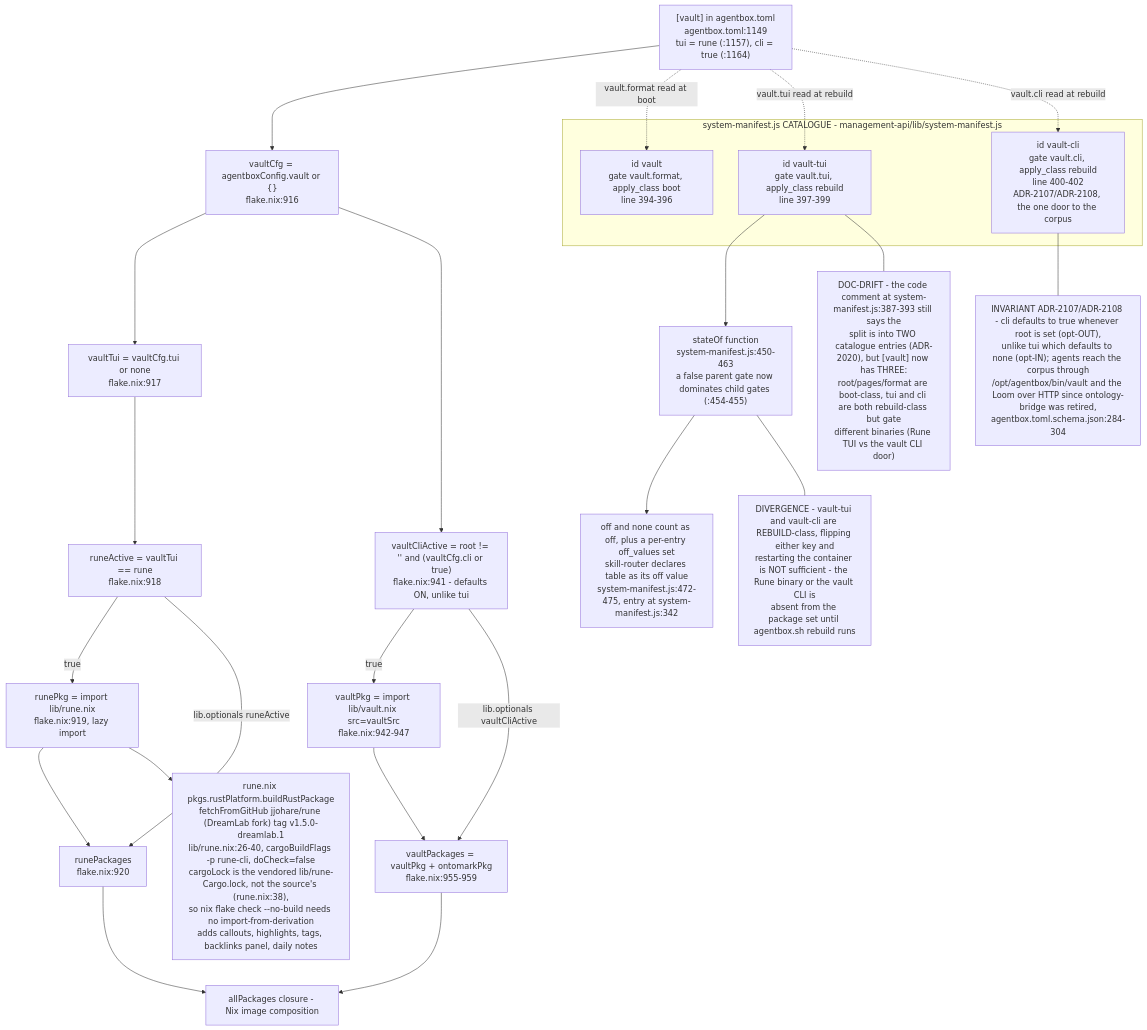
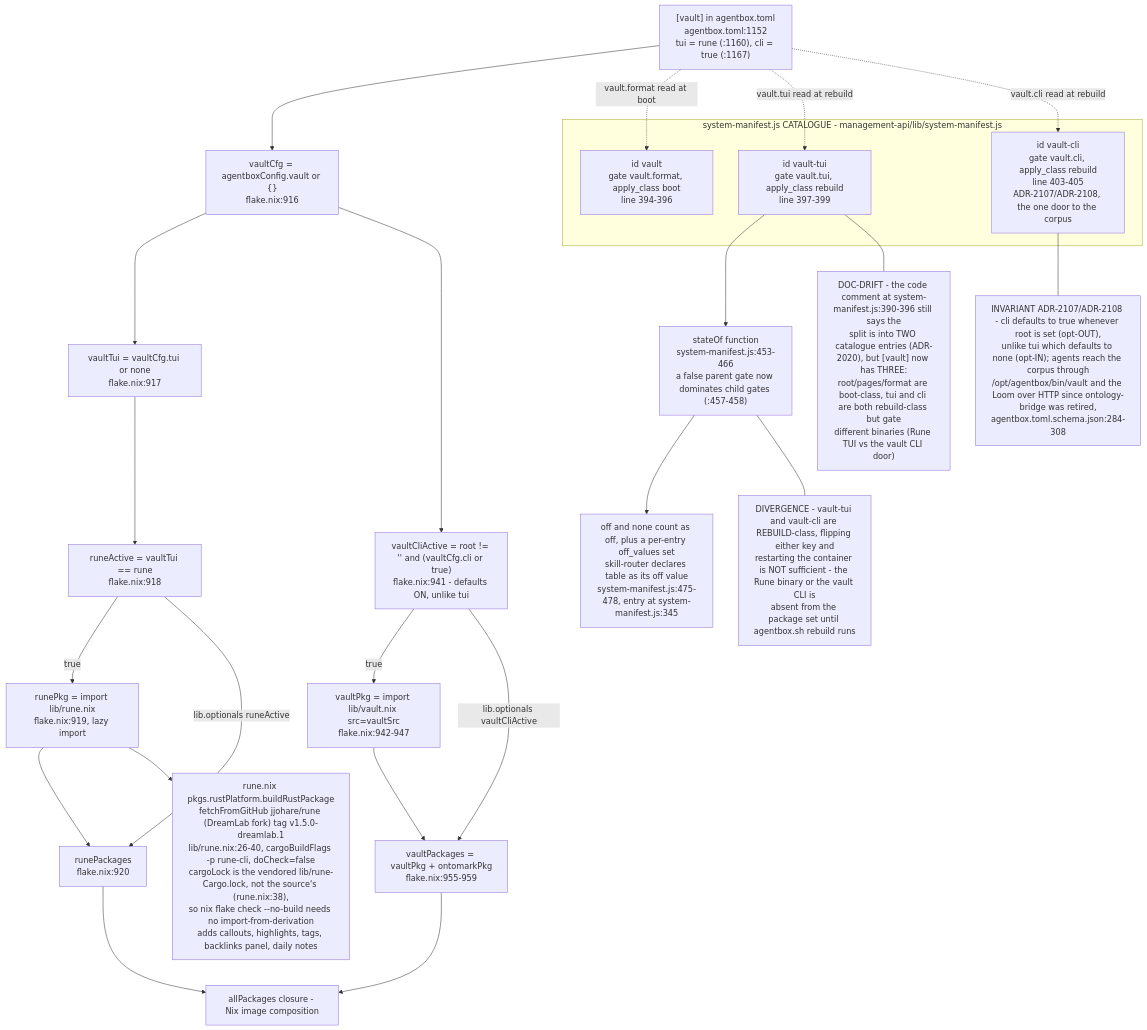
The ninth of 10 diagrams in docs/diagrams/agentbox/01-nix-flake-composition.md (DreamLab-AI/VisionFlow), drawn with Mermaid before and after one commit. The commit also changed other lines of this file and 142 other files, not shown here.

First line of the commit message:
docs(diagrams): one System One route; re-verify 140 topics at today's heads

````diff
--- a/docs/diagrams/agentbox/01-nix-flake-composition.md
+++ b/docs/diagrams/agentbox/01-nix-flake-composition.md
@@ -427,44 +427,44 @@
 ```mermaid
 flowchart TB
-    TOMLVAULT["[vault] in agentbox.toml<br/>agentbox.toml:1149<br/>tui = rune (:1157), cli = true (:1164)"] --> VAULTCFG["vaultCfg = agentboxConfig.vault or {}<br/>flake.nix:916"]
+    TOMLVAULT["[vault] in agentbox.toml<br/>agentbox.toml:1152<br/>tui = rune (:1160), cli = true (:1167)"] --> VAULTCFG["vaultCfg = agentboxConfig.vault or {}<br/>flake.nix:916"]
 
     VAULTCFG --> TUIVAL["vaultTui = vaultCfg.tui or none<br/>flake.nix:917"]
     TUIVAL --> RUNEACTIVE["runeActive = vaultTui == rune<br/>flake.nix:918"]
     RUNEACTIVE -->|"true"| RUNEPKGIMPORT["runePkg = import lib/rune.nix<br/>flake.nix:919, lazy import"]
     RUNEACTIVE -->|"lib.optionals runeActive"| RUNEPACKAGES["runePackages<br/>flake.nix:920"]
     RUNEPKGIMPORT --> RUNEPACKAGES
 
     VAULTCFG --> CLIVAL["vaultCliActive = root != '' and (vaultCfg.cli or true)<br/>flake.nix:941 - defaults ON, unlike tui"]
     CLIVAL -->|"true"| VAULTPKGIMPORT["vaultPkg = import lib/vault.nix src=vaultSrc<br/>flake.nix:942-947"]
     CLIVAL -->|"lib.optionals vaultCliActive"| VAULTPACKAGES["vaultPackages = vaultPkg + ontomarkPkg<br/>flake.nix:955-959"]
     VAULTPKGIMPORT --> VAULTPACKAGES
 
     RUNEPACKAGES --> ALLPKG["allPackages closure - Nix image composition"]
     VAULTPACKAGES --> ALLPKG
 
     RUNEBUILD["rune.nix pkgs.rustPlatform.buildRustPackage<br/>fetchFromGitHub jjohare/rune (DreamLab fork) tag v1.5.0-dreamlab.1<br/>lib/rune.nix:26-40, cargoBuildFlags -p rune-cli, doCheck=false<br/>cargoLock is the vendored lib/rune-Cargo.lock, not the source's (rune.nix:38),<br/>so nix flake check --no-build needs no import-from-derivation<br/>adds callouts, highlights, tags, backlinks panel, daily notes"]
     RUNEPKGIMPORT --> RUNEBUILD
 
     subgraph MANIFEST["system-manifest.js CATALOGUE - management-api/lib/system-manifest.js"]
         VAULTENTRY["id vault<br/>gate vault.format, apply_class boot<br/>line 394-396"]
         VAULTTUIENTRY["id vault-tui<br/>gate vault.tui, apply_class rebuild<br/>line 397-399"]
-        VAULTCLIENTRY["id vault-cli<br/>gate vault.cli, apply_class rebuild<br/>line 400-402<br/>ADR-2107/ADR-2108, the one door to the corpus"]
+        VAULTCLIENTRY["id vault-cli<br/>gate vault.cli, apply_class rebuild<br/>line 403-405<br/>ADR-2107/ADR-2108, the one door to the corpus"]
     end
 
     TOMLVAULT -.->|"vault.format read at boot"| VAULTENTRY
     TOMLVAULT -.->|"vault.tui read at rebuild"| VAULTTUIENTRY
     TOMLVAULT -.->|"vault.cli read at rebuild"| VAULTCLIENTRY
 
-    STATEOF["stateOf function<br/>system-manifest.js:450-463<br/>a false parent gate now dominates child gates (:454-455)"]
+    STATEOF["stateOf function<br/>system-manifest.js:453-466<br/>a false parent gate now dominates child gates (:457-458)"]
     VAULTTUIENTRY --> STATEOF
-    STATEOF --> MODESTRING["off and none count as off, plus a per-entry off_values set<br/>skill-router declares table as its off value<br/>system-manifest.js:472-475, entry at system-manifest.js:342"]
+    STATEOF --> MODESTRING["off and none count as off, plus a per-entry off_values set<br/>skill-router declares table as its off value<br/>system-manifest.js:475-478, entry at system-manifest.js:345"]
 
-    NOTE1["DOC-DRIFT - the code comment at system-manifest.js:387-393 still says the<br/>split is into TWO catalogue entries (ADR-2020), but [vault] now has THREE:<br/>root/pages/format are boot-class, tui and cli are both rebuild-class but gate<br/>different binaries (Rune TUI vs the vault CLI door)"]
+    NOTE1["DOC-DRIFT - the code comment at system-manifest.js:390-396 still says the<br/>split is into TWO catalogue entries (ADR-2020), but [vault] now has THREE:<br/>root/pages/format are boot-class, tui and cli are both rebuild-class but gate<br/>different binaries (Rune TUI vs the vault CLI door)"]
     VAULTTUIENTRY --- NOTE1
 
     NOTE2["DIVERGENCE - vault-tui and vault-cli are REBUILD-class, flipping either key and<br/>restarting the container is NOT sufficient - the Rune binary or the vault CLI is<br/>absent from the package set until agentbox.sh rebuild runs"]
     STATEOF --- NOTE2
 
-    NOTE3["INVARIANT ADR-2107/ADR-2108 - cli defaults to true whenever root is set (opt-OUT),<br/>unlike tui which defaults to none (opt-IN); agents reach the corpus through<br/>/opt/agentbox/bin/vault and the Loom over HTTP since ontology-bridge was retired,<br/>agentbox.toml.schema.json:284-304"]
+    NOTE3["INVARIANT ADR-2107/ADR-2108 - cli defaults to true whenever root is set (opt-OUT),<br/>unlike tui which defaults to none (opt-IN); agents reach the corpus through<br/>/opt/agentbox/bin/vault and the Loom over HTTP since ontology-bridge was retired,<br/>agentbox.toml.schema.json:284-308"]
     VAULTCLIENTRY --- NOTE3
 ```
````
